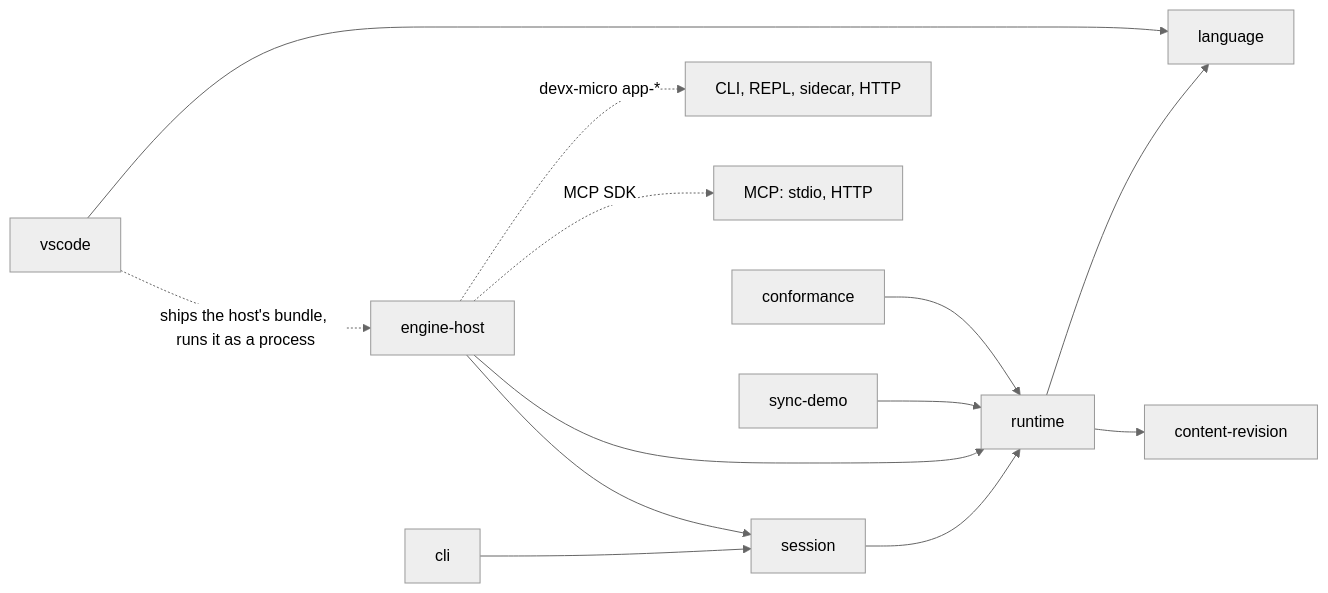
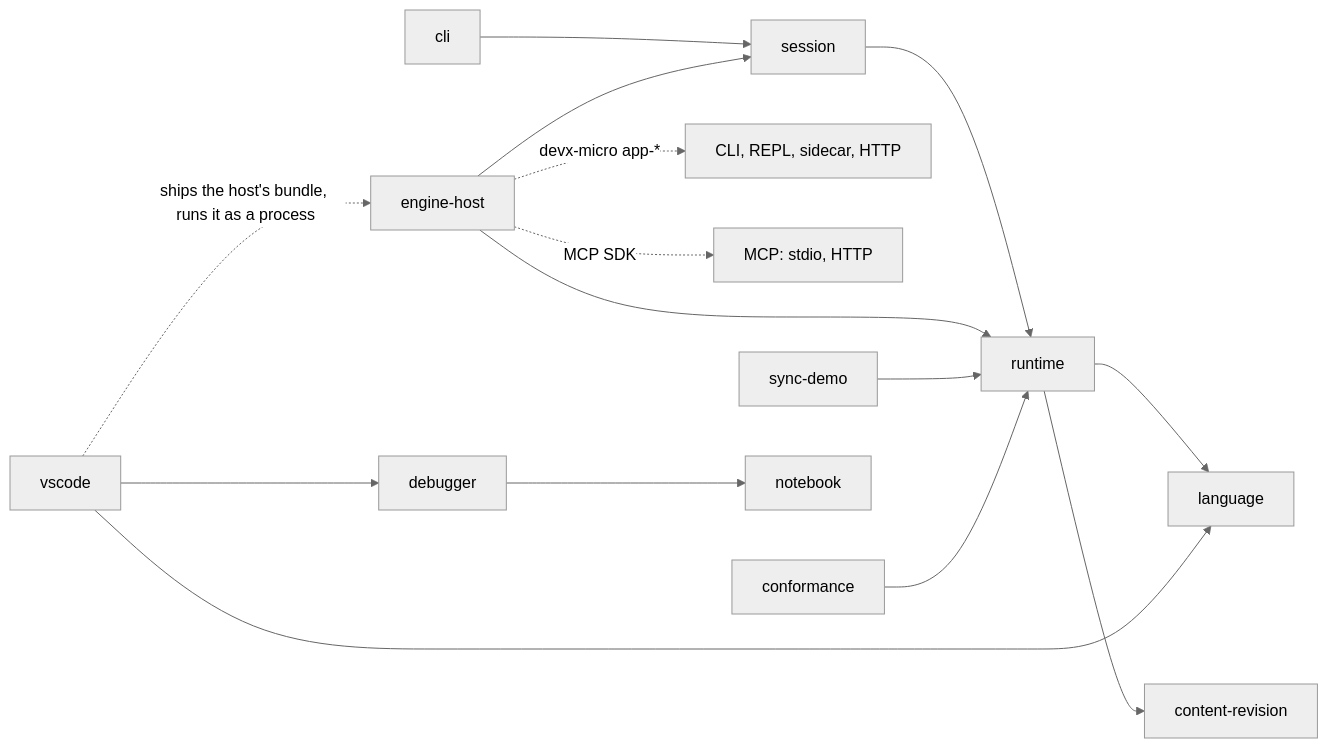
One commit to typedblite/typedblite changed the second of 2 diagrams in AGENTS.md. Above: the diagram before and after it, drawn with Mermaid (neutral theme). The commit also changed other lines of this file and 44 other files, not shown here.

````diff
--- a/AGENTS.md
+++ b/AGENTS.md
@@ -27,15 +28,17 @@
 ```mermaid
 flowchart LR
   cli --> session
   session --> runtime
   engine-host --> session
   engine-host -.->|devx-micro app-*| transports[CLI, REPL, sidecar, HTTP]
   engine-host -.->|MCP SDK| mcp[MCP: stdio, HTTP]
   vscode -.->|ships the host's bundle, runs it as a process| engine-host
   engine-host --> runtime
   sync-demo --> runtime
   conformance --> runtime
   runtime --> language
   runtime --> content-revision
   vscode --> language
+  vscode --> debugger
+  debugger --> notebook
 ```
````
